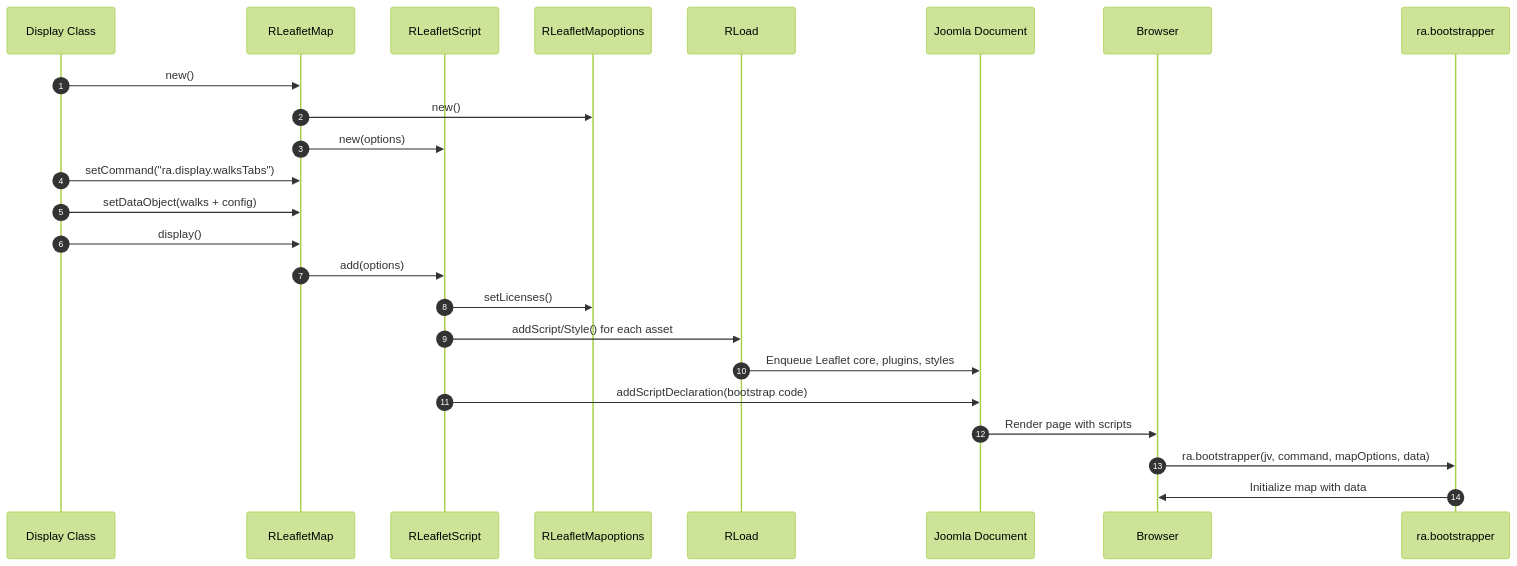
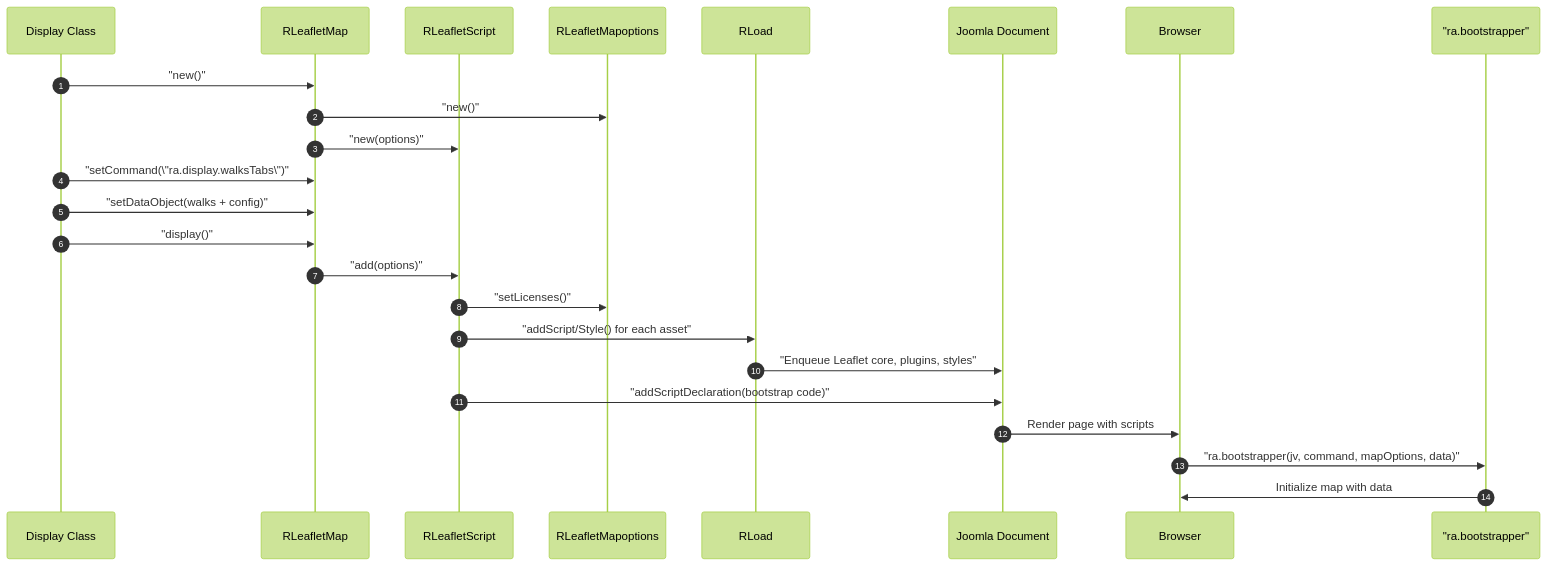
One commit to pauljrhodes/ramblers-library changed the second of 4 diagrams in leaflet/HLD.md. Above: the diagram before and after it, drawn with Mermaid (forest theme). The commit also changed other lines of this file and 33 other files, not shown here.

Commit message:
Normalize Mermaid diagrams for GitHub rendering

````diff
--- a/leaflet/HLD.md
+++ b/leaflet/HLD.md
@@ -221,27 +221,27 @@
 ```mermaid
 sequenceDiagram
     autonumber
     participant Display as Display Class
     participant Map as RLeafletMap
     participant Script as RLeafletScript
     participant Options as RLeafletMapoptions
     participant Load as RLoad
     participant Doc as Joomla Document
     participant Browser as Browser
-    participant Bootstrap as ra.bootstrapper
+    participant Bootstrap as "ra.bootstrapper"
 
-    Display->>Map: new()
-    Map->>Options: new()
-    Map->>Script: new(options)
-    Display->>Map: setCommand("ra.display.walksTabs")
-    Display->>Map: setDataObject(walks + config)
-    Display->>Map: display()
-    Map->>Script: add(options)
-    Script->>Options: setLicenses()
-    Script->>Load: addScript/Style() for each asset
-    Load->>Doc: Enqueue Leaflet core, plugins, styles
-    Script->>Doc: addScriptDeclaration(bootstrap code)
+    Display->>Map: "new()"
+    Map->>Options: "new()"
+    Map->>Script: "new(options)"
+    Display->>Map: "setCommand(\"ra.display.walksTabs\")"
+    Display->>Map: "setDataObject(walks + config)"
+    Display->>Map: "display()"
+    Map->>Script: "add(options)"
+    Script->>Options: "setLicenses()"
+    Script->>Load: "addScript/Style() for each asset"
+    Load->>Doc: "Enqueue Leaflet core, plugins, styles"
+    Script->>Doc: "addScriptDeclaration(bootstrap code)"
     Doc->>Browser: Render page with scripts
-    Browser->>Bootstrap: ra.bootstrapper(jv, command, mapOptions, data)
+    Browser->>Bootstrap: "ra.bootstrapper(jv, command, mapOptions, data)"
     Bootstrap->>Browser: Initialize map with data
 ```
````
